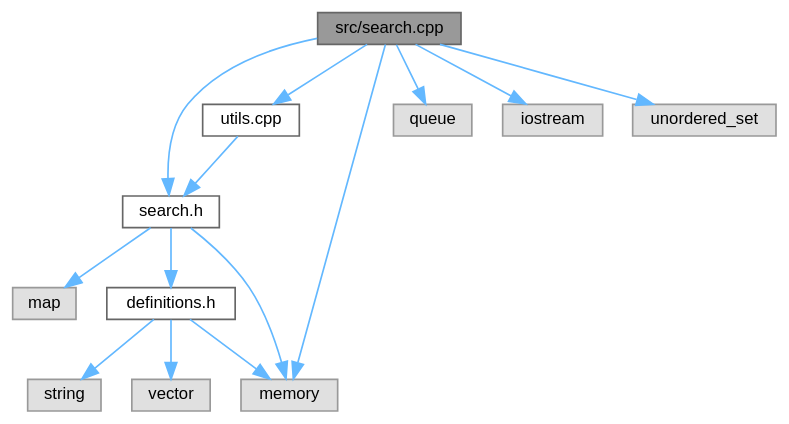
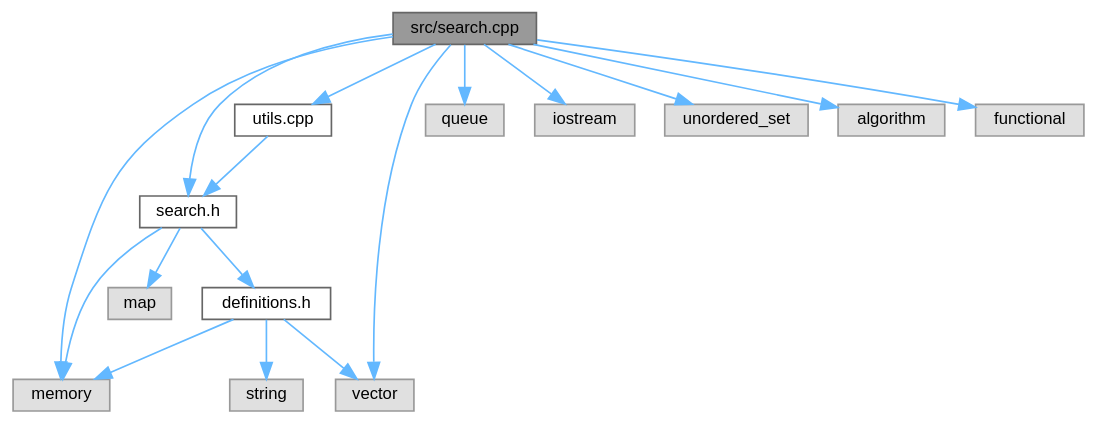
One commit to velocitatem/Symphony changed the diagram in search_8cpp__incl.dot. Above: the diagram before and after it, drawn with Graphviz. The commit also changed 197 other files, not shown here.

```diff
--- a/search_8cpp__incl.dot
+++ b/search_8cpp__incl.dot
@@ -1,32 +1,37 @@
 digraph "src/search.cpp"
 {
  // INTERACTIVE_SVG=YES
  // LATEX_PDF_SIZE
   bgcolor="transparent";
   edge [fontname=Helvetica,fontsize=10,labelfontname=Helvetica,labelfontsize=10];
   node [fontname=Helvetica,fontsize=10,shape=box,height=0.2,width=0.4];
   Node1 [id="Node000001",label="src/search.cpp",height=0.2,width=0.4,color="gray40", fillcolor="grey60", style="filled", fontcolor="black",tooltip=" "];
   Node1 -> Node2 [id="edge1_Node000001_Node000002",color="steelblue1",style="solid",tooltip=" "];
   Node2 [id="Node000002",label="search.h",height=0.2,width=0.4,color="grey40", fillcolor="white", style="filled",URL="$search_8h.html",tooltip=" "];
   Node2 -> Node3 [id="edge2_Node000002_Node000003",color="steelblue1",style="solid",tooltip=" "];
   Node3 [id="Node000003",label="map",height=0.2,width=0.4,color="grey60", fillcolor="#E0E0E0", style="filled",tooltip=" "];
   Node2 -> Node4 [id="edge3_Node000002_Node000004",color="steelblue1",style="solid",tooltip=" "];
   Node4 [id="Node000004",label="definitions.h",height=0.2,width=0.4,color="grey40", fillcolor="white", style="filled",URL="$definitions_8h.html",tooltip="Abstract classes for states, actions, and problems that need to be implemented by the user."];
   Node4 -> Node5 [id="edge4_Node000004_Node000005",color="steelblue1",style="solid",tooltip=" "];
   Node5 [id="Node000005",label="string",height=0.2,width=0.4,color="grey60", fillcolor="#E0E0E0", style="filled",tooltip=" "];
   Node4 -> Node6 [id="edge5_Node000004_Node000006",color="steelblue1",style="solid",tooltip=" "];
   Node6 [id="Node000006",label="vector",height=0.2,width=0.4,color="grey60", fillcolor="#E0E0E0", style="filled",tooltip=" "];
   Node4 -> Node7 [id="edge6_Node000004_Node000007",color="steelblue1",style="solid",tooltip=" "];
   Node7 [id="Node000007",label="memory",height=0.2,width=0.4,color="grey60", fillcolor="#E0E0E0", style="filled",tooltip=" "];
   Node2 -> Node7 [id="edge7_Node000002_Node000007",color="steelblue1",style="solid",tooltip=" "];
   Node1 -> Node8 [id="edge8_Node000001_Node000008",color="steelblue1",style="solid",tooltip=" "];
   Node8 [id="Node000008",label="utils.cpp",height=0.2,width=0.4,color="grey40", fillcolor="white", style="filled",URL="$utils_8cpp.html",tooltip=" "];
   Node8 -> Node2 [id="edge9_Node000008_Node000002",color="steelblue1",style="solid",tooltip=" "];
   Node1 -> Node9 [id="edge10_Node000001_Node000009",color="steelblue1",style="solid",tooltip=" "];
   Node9 [id="Node000009",label="queue",height=0.2,width=0.4,color="grey60", fillcolor="#E0E0E0", style="filled",tooltip=" "];
   Node1 -> Node7 [id="edge11_Node000001_Node000007",color="steelblue1",style="solid",tooltip=" "];
   Node1 -> Node10 [id="edge12_Node000001_Node000010",color="steelblue1",style="solid",tooltip=" "];
   Node10 [id="Node000010",label="iostream",height=0.2,width=0.4,color="grey60", fillcolor="#E0E0E0", style="filled",tooltip=" "];
   Node1 -> Node11 [id="edge13_Node000001_Node000011",color="steelblue1",style="solid",tooltip=" "];
   Node11 [id="Node000011",label="unordered_set",height=0.2,width=0.4,color="grey60", fillcolor="#E0E0E0", style="filled",tooltip=" "];
+  Node1 -> Node12 [id="edge14_Node000001_Node000012",color="steelblue1",style="solid",tooltip=" "];
+  Node12 [id="Node000012",label="algorithm",height=0.2,width=0.4,color="grey60", fillcolor="#E0E0E0", style="filled",tooltip=" "];
+  Node1 -> Node6 [id="edge15_Node000001_Node000006",color="steelblue1",style="solid",tooltip=" "];
+  Node1 -> Node13 [id="edge16_Node000001_Node000013",color="steelblue1",style="solid",tooltip=" "];
+  Node13 [id="Node000013",label="functional",height=0.2,width=0.4,color="grey60", fillcolor="#E0E0E0", style="filled",tooltip=" "];
 }
```
